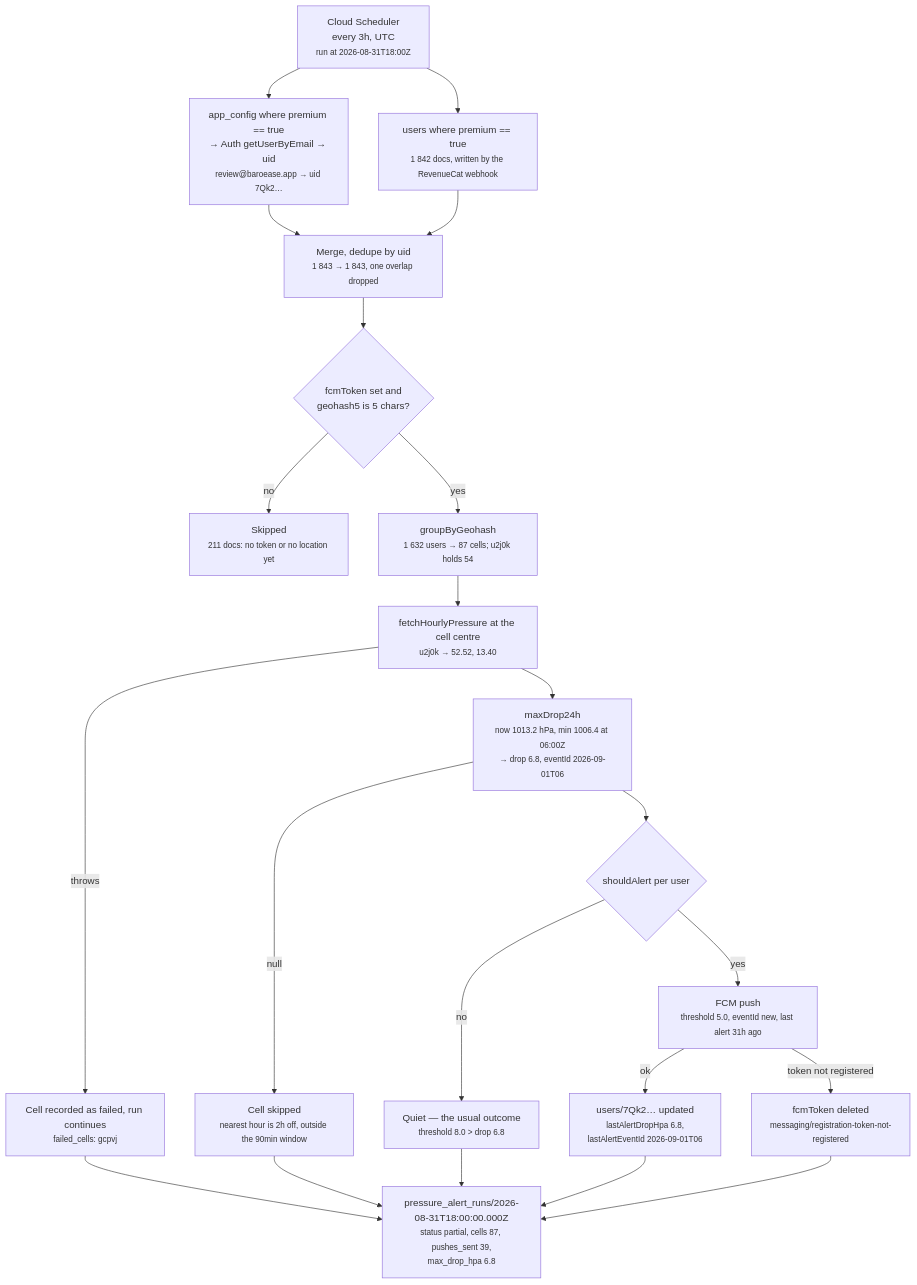
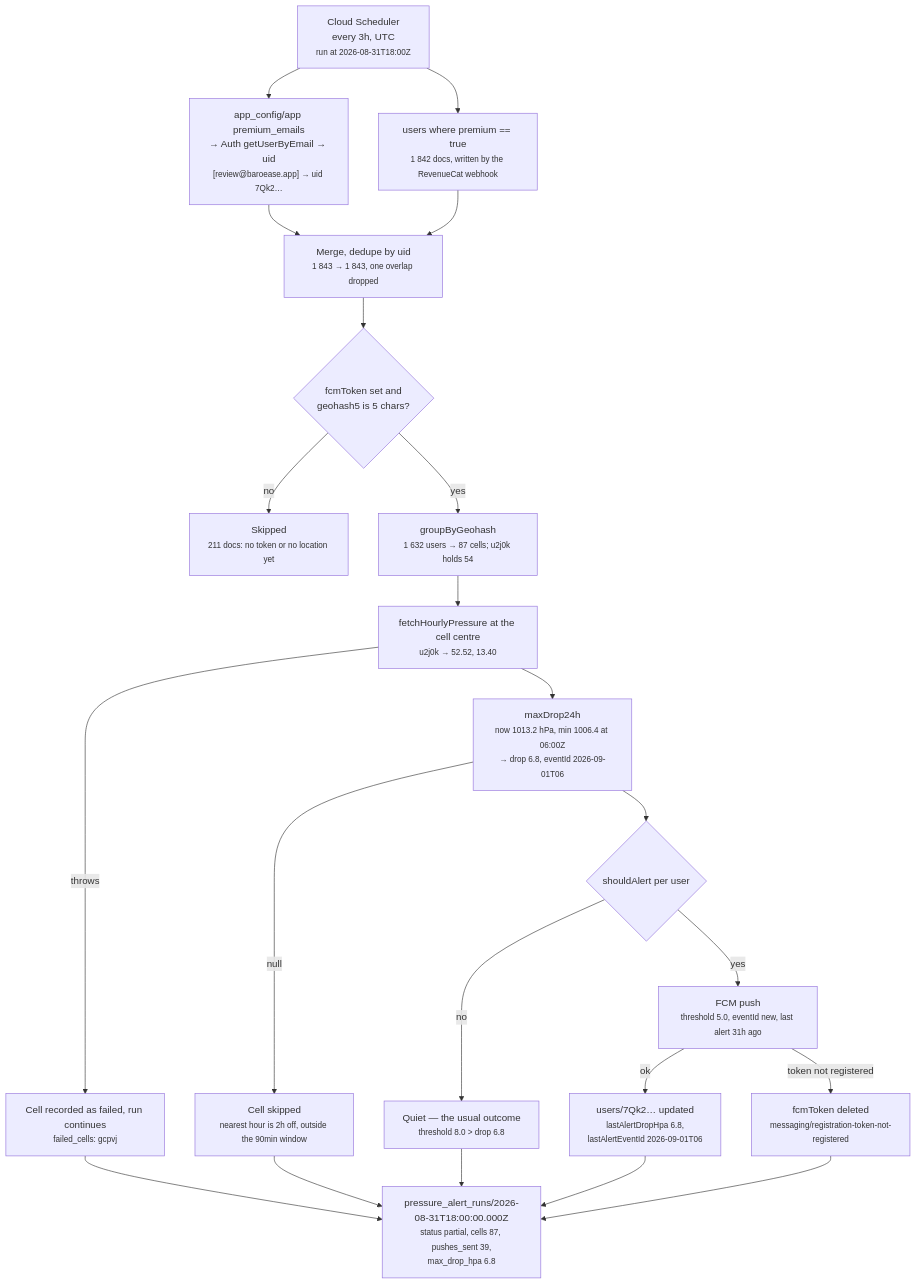
Before and after one commit to DAMHONGDUC/migraine-tracker: the third of 3 diagrams in README.md, drawn with Mermaid. The commit also changed other lines of this file and 10 other files, not shown here.

First line of the commit message:
docs: update docs - detail is app_config becoming one document with email arrays

````diff
--- a/README.md
+++ b/README.md
@@ -240,24 +241,24 @@
 ```mermaid
 flowchart TD
-  A["Cloud Scheduler<br/>every 3h, UTC<br/><small>run at 2026-08-31T18:00Z</small>"] --> B["app_config where premium == true<br/>→ Auth getUserByEmail → uid<br/><small>review@baroease.app → uid 7Qk2…</small>"]
+  A["Cloud Scheduler<br/>every 3h, UTC<br/><small>run at 2026-08-31T18:00Z</small>"] --> B["app_config/app premium_emails<br/>→ Auth getUserByEmail → uid<br/><small>[review@baroease.app] → uid 7Qk2…</small>"]
   A --> C["users where premium == true<br/><small>1 842 docs, written by the RevenueCat webhook</small>"]
   B --> D["Merge, dedupe by uid<br/><small>1 843 → 1 843, one overlap dropped</small>"]
   C --> D
   D --> E{"fcmToken set and<br/>geohash5 is 5 chars?"}
   E -- "no" --> F["Skipped<br/><small>211 docs: no token or no location yet</small>"]
   E -- "yes" --> G["groupByGeohash<br/><small>1 632 users → 87 cells; u2j0k holds 54</small>"]
   G --> H["fetchHourlyPressure at the cell centre<br/><small>u2j0k → 52.52, 13.40</small>"]
   H -- "throws" --> I["Cell recorded as failed, run continues<br/><small>failed_cells: gcpvj</small>"]
   H --> J["maxDrop24h<br/><small>now 1013.2 hPa, min 1006.4 at 06:00Z<br/>→ drop 6.8, eventId 2026-09-01T06</small>"]
   J -- "null" --> K["Cell skipped<br/><small>nearest hour is 2h off, outside the 90min window</small>"]
   J --> L{"shouldAlert per user"}
   L -- "no" --> M["Quiet — the usual outcome<br/><small>threshold 8.0 &gt; drop 6.8</small>"]
   L -- "yes" --> N["FCM push<br/><small>threshold 5.0, eventId new, last alert 31h ago</small>"]
   N -- "ok" --> O["users/7Qk2… updated<br/><small>lastAlertDropHpa 6.8,<br/>lastAlertEventId 2026-09-01T06</small>"]
   N -- "token not registered" --> P["fcmToken deleted<br/><small>messaging/registration-token-not-registered</small>"]
   I --> Q
   K --> Q
   M --> Q
   O --> Q
   P --> Q["pressure_alert_runs/2026-08-31T18:00:00.000Z<br/><small>status partial, cells 87, pushes_sent 39,<br/>max_drop_hpa 6.8</small>"]
 ```
````
